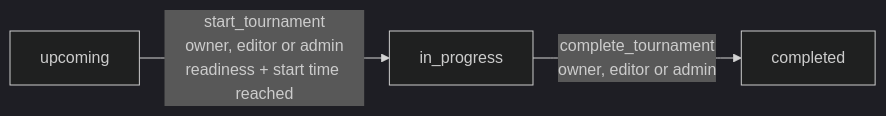
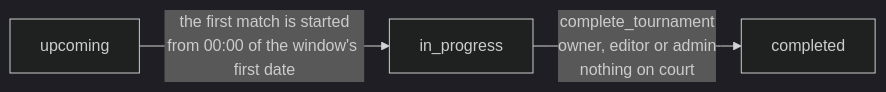
Before and after one commit to nhphuong2504/shuttle-scheduler: the second of 2 diagrams in docs/authorization.md, drawn with Mermaid (dark theme). The commit also changed other lines of this file and 30 other files, not shown here.

First line of the commit message:
Create a tournament in one call, with a window, and let the first match start it

````diff
--- a/docs/authorization.md
+++ b/docs/authorization.md
@@ -176,5 +176,5 @@
 ```mermaid
 flowchart LR
-  upcoming["upcoming"] -->|"start_tournament<br/>owner, editor or admin<br/>readiness + start time reached"| inProgress["in_progress"]
-  inProgress -->|"complete_tournament<br/>owner, editor or admin"| completed["completed"]
+  upcoming["upcoming"] -->|"the first match is started<br/>from 00:00 of the window's first date"| inProgress["in_progress"]
+  inProgress -->|"complete_tournament<br/>owner, editor or admin<br/>nothing on court"| completed["completed"]
 ```
````
